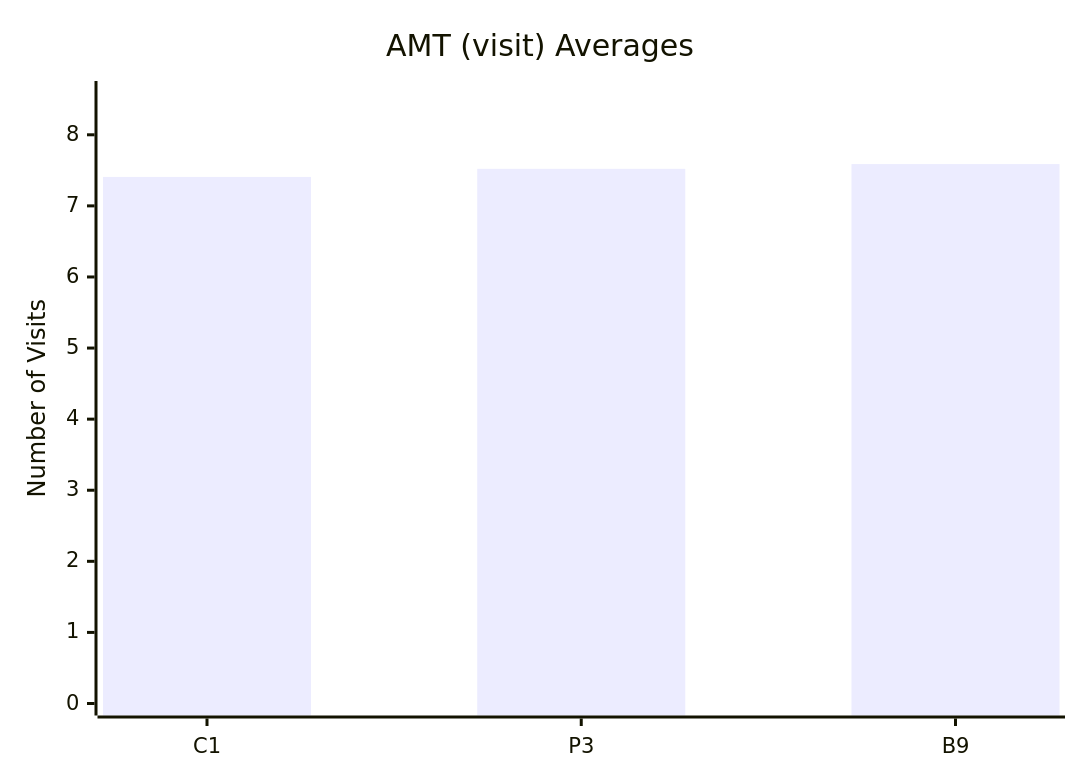
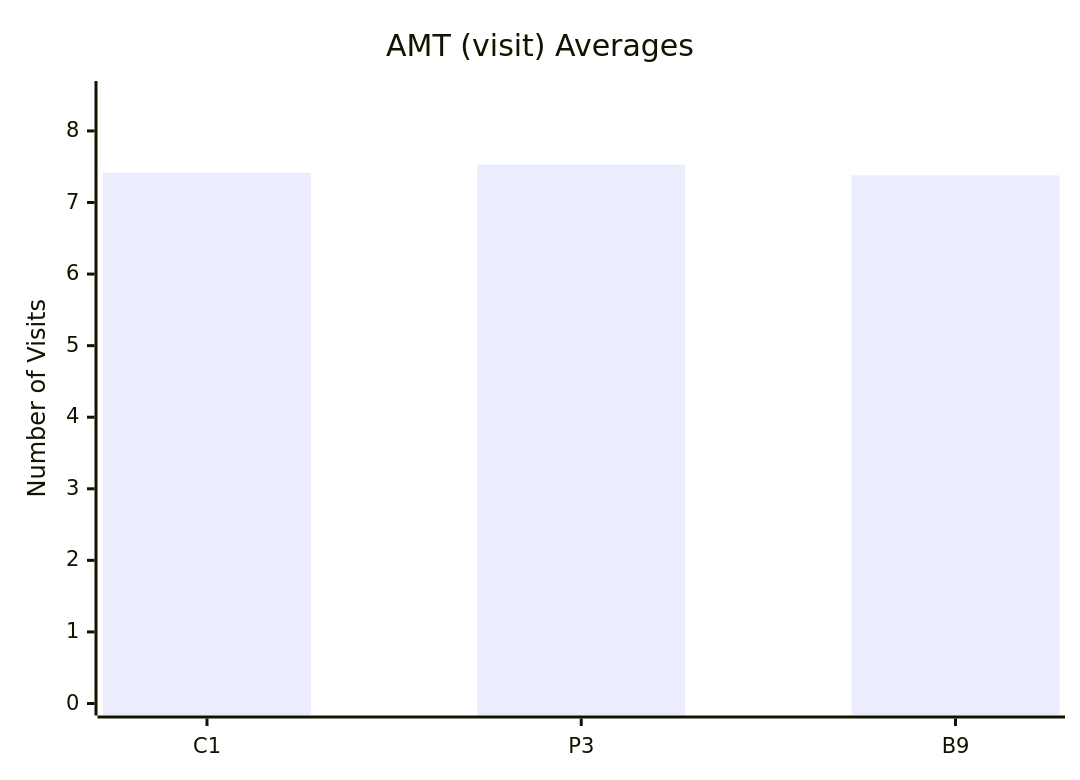
Before and after one commit to dhagan-va/intern-2025: the tenth of 10 diagrams in test-tools/DataGen/src/Statistics_Visualizer.md, drawn with Mermaid. The commit also changed other lines of this file and 2 other files, not shown here.

````diff
--- a/test-tools/DataGen/src/Statistics_Visualizer.md
+++ b/test-tools/DataGen/src/Statistics_Visualizer.md
@@ -108,7 +108,7 @@
 ```mermaid
 xychart-beta
     title "AMT (visit) Averages"
     x-axis ["C1", "P3", "B9"]
-    y-axis "Number of Visits" 0 --> 8.587882423515296
-    bar [7.407318536292742, 7.521095780843831, 7.587882423515297]
+    y-axis "Number of Visits" 0 --> 8.529995042141795
+    bar [7.415468517600397, 7.5299950421417945, 7.380267724343084]
 ```
````
